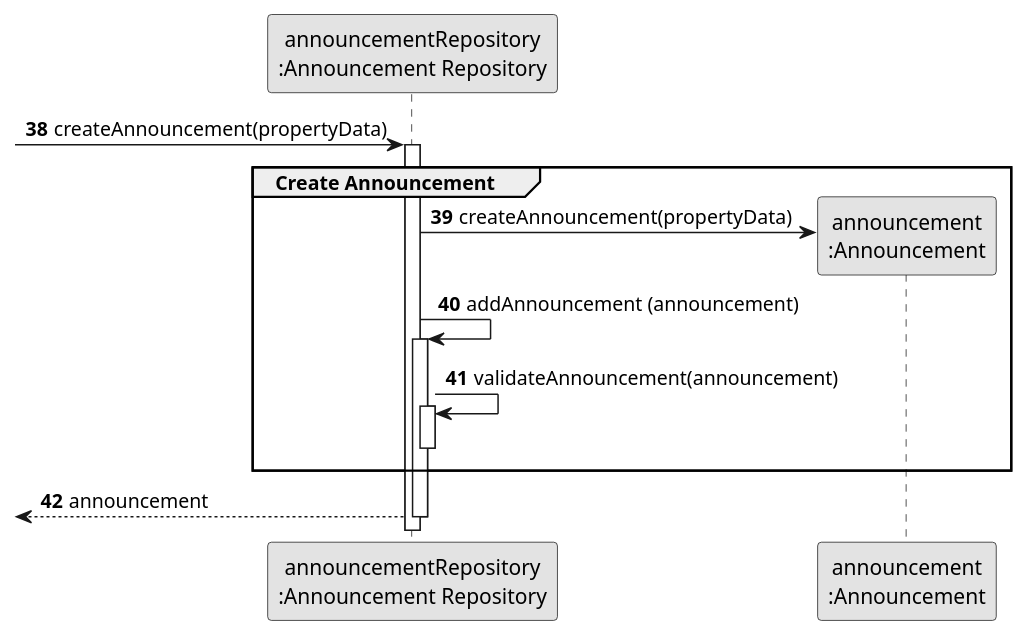
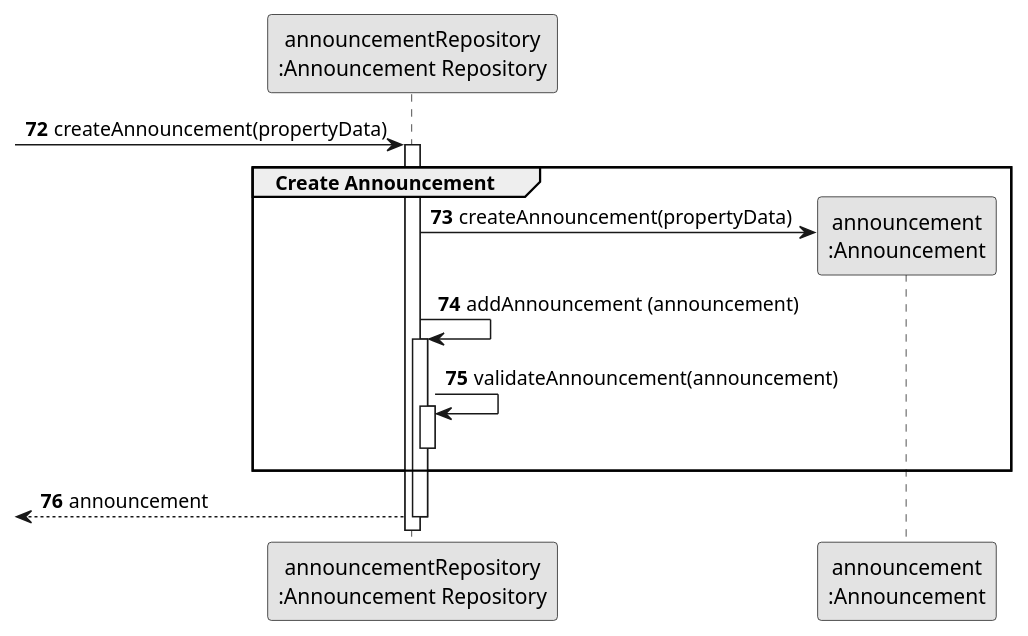
Before and after one commit to PureNimble/ISEP-LAPR2: the diagram in docs/sprintB/US02/03.design/puml/us02-sequence-diagram-partial-create-announcement.puml, drawn with PlantUML. The commit also changed 13 other files, not shown here.

Commit message:
Partial sequence diagrams US002 (update with svg)

```diff
--- a/docs/sprintB/US02/03.design/puml/us02-sequence-diagram-partial-create-announcement.puml
+++ b/docs/sprintB/US02/03.design/puml/us02-sequence-diagram-partial-create-announcement.puml
@@ -1,31 +1,31 @@
 @startuml
 skinparam monochrome true
 skinparam packageStyle rectangle
 skinparam shadowing false
 
 participant "announcementRepository\n:Announcement Repository" as announcementRepository
 participant "announcement\n:Announcement" as Announcement
 
-autonumber 38
+autonumber 72
 -> announcementRepository: createAnnouncement(propertyData)
 
 
 activate announcementRepository
     group Create Announcement
 
         announcementRepository -> Announcement**: createAnnouncement(propertyData)
         announcementRepository -> announcementRepository: addAnnouncement (announcement)
 
         activate announcementRepository
             announcementRepository -> announcementRepository: validateAnnouncement(announcement)
             activate announcementRepository
 
             deactivate announcementRepository
     end
 
 
     <-- announcementRepository : announcement
 deactivate announcementRepository
 
 
 @enduml
```
